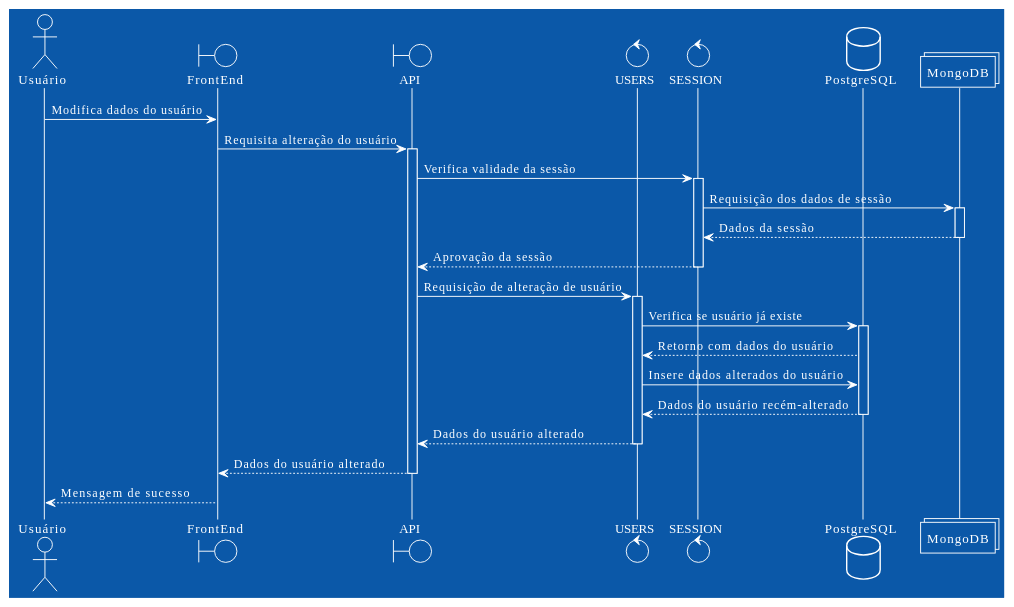
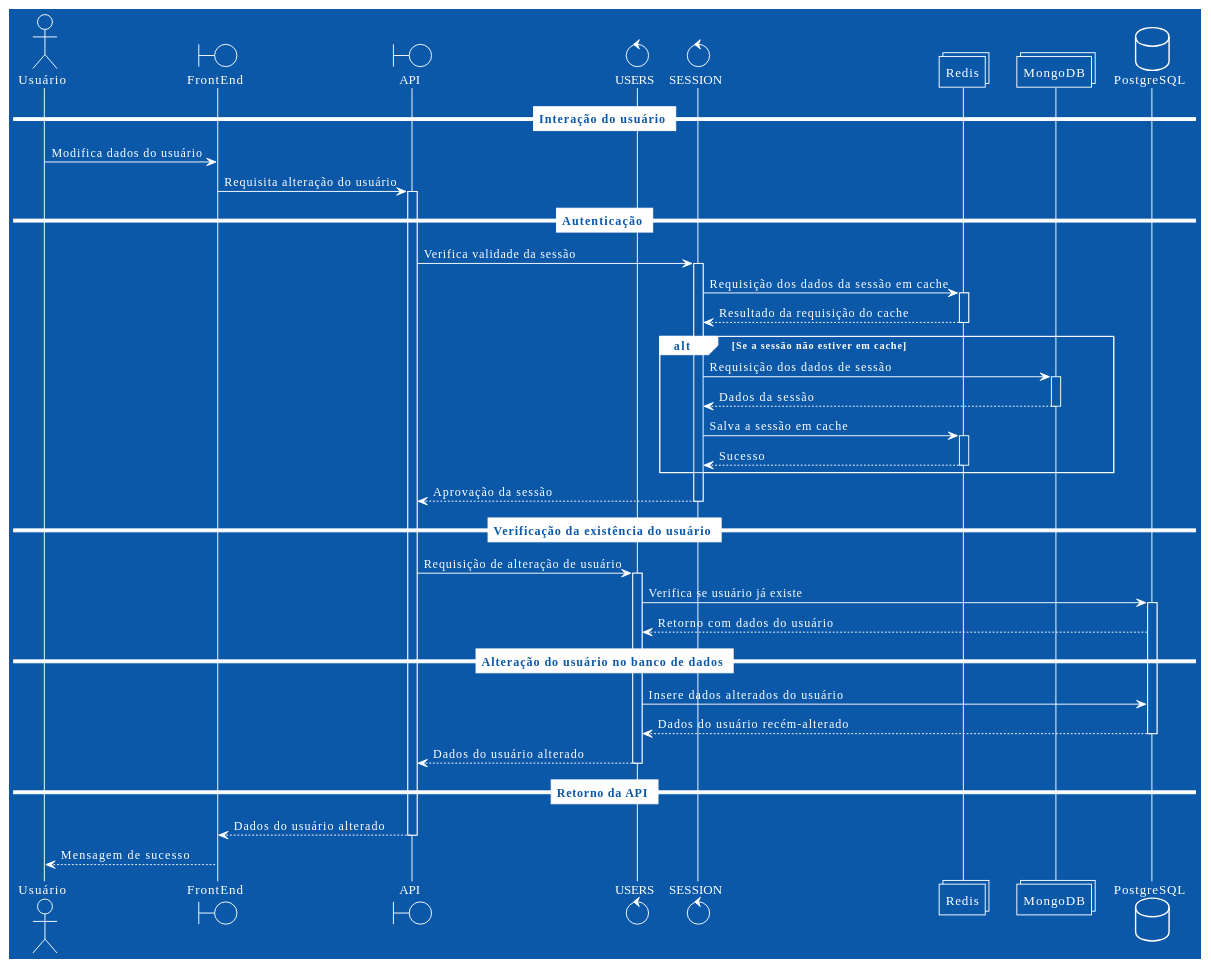
One commit to Minerva-System/minerva-system changed the diagram in docs/src/diagramas/alteracao-usuarios.md. Above: the diagram before and after it, drawn with PlantUML. The commit also changed 4 other files, not shown here.

Commit message:
Modify all sequence diagrams to leverage Redis caching and better formatting

````diff
--- a/docs/src/diagramas/alteracao-usuarios.md
+++ b/docs/src/diagramas/alteracao-usuarios.md
@@ -5,39 +5,65 @@
 ```plantuml
 @startuml
 !theme amiga
 actor       Usuário    as ator
 boundary    FrontEnd   as frontend
 boundary    API        as api
 control     USERS      as users
 control     SESSION    as session
+collections Redis      as redis
+collections MongoDB    as mongo
 database    PostgreSQL as postgres
-collections MongoDB    as mongo
+
+== Interação do usuário ==
 
 ator     ->  frontend:     Modifica dados do usuário
 frontend ->  api:          Requisita alteração do usuário
 activate api
-api      ->  session:      Verifica validade da sessão
+
+== Autenticação ==
+
+api      ->  session:  Verifica validade da sessão
 activate session
-session  ->  mongo:        Requisição dos dados de sessão
-activate mongo
-session  <-- mongo:        Dados da sessão
-deactivate mongo
-api      <-- session:      Aprovação da sessão
+session  ->  redis:    Requisição dos dados da sessão em cache
+activate redis
+session  <-- redis:    Resultado da requisição do cache
+deactivate redis
+
+alt Se a sessão não estiver em cache
+	session ->  mongo: Requisição dos dados de sessão
+	activate mongo
+	session <-- mongo: Dados da sessão
+	deactivate mongo
+	session ->  redis: Salva a sessão em cache
+	activate redis
+	session <-- redis: Sucesso
+	deactivate redis
+end
+
+api   <-- session:  Aprovação da sessão
 deactivate session
+
+== Verificação da existência do usuário ==
 
 api      ->  users:        Requisição de alteração de usuário
 activate users
 users    ->  postgres:     Verifica se usuário já existe
 activate postgres
 users    <-- postgres:     Retorno com dados do usuário
+
+== Alteração do usuário no banco de dados ==
+
 users    ->  postgres:     Insere dados alterados do usuário
 users    <-- postgres:     Dados do usuário recém-alterado
 deactivate postgres
 api      <-- users:        Dados do usuário alterado
 deactivate users
+
+== Retorno da API ==
+
 frontend <-- api:          Dados do usuário alterado
 deactivate api
 ator     <-- frontend:     Mensagem de sucesso
 
 @enduml
 ```
````
